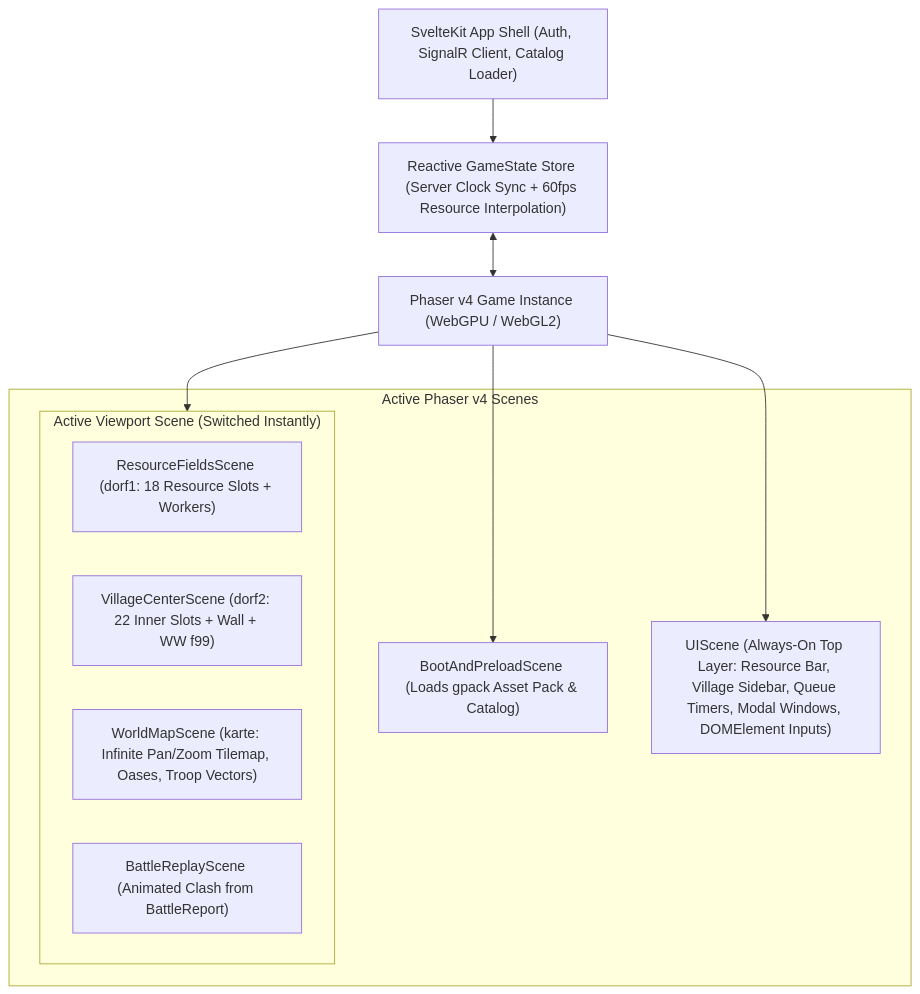
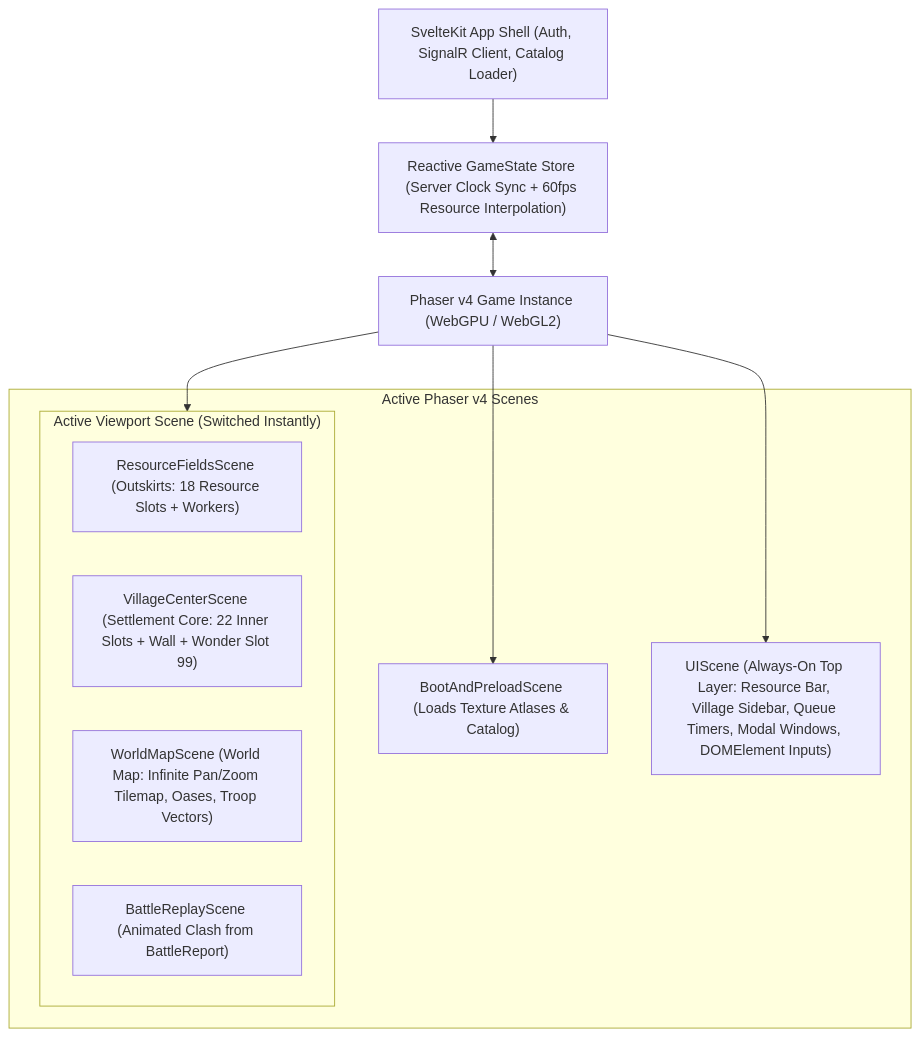
The third of 4 diagrams in docs/architecture_and_features.md (terravia-renatus/terravia-renatus), drawn with Mermaid before and after one commit. The commit also changed other lines of this file, not shown here.

First line of the commit message:
docs(architecture): update domain systems specification

````diff
--- a/docs/architecture_and_features.md
+++ b/docs/architecture_and_features.md
@@ -209,24 +209,24 @@
 ```mermaid
 flowchart TD
     SvelteShell["SvelteKit App Shell (Auth, SignalR Client, Catalog Loader)"]
     Store["Reactive GameState Store (Server Clock Sync + 60fps Resource Interpolation)"]
     
     SvelteShell --> Store
     Store <--> PhaserGame["Phaser v4 Game Instance (WebGPU / WebGL2)"]
 
     subgraph ParallelScenes["Active Phaser v4 Scenes"]
-        Boot["BootAndPreloadScene (Loads gpack Asset Pack & Catalog)"]
+        Boot["BootAndPreloadScene (Loads Texture Atlases & Catalog)"]
         UI["UIScene (Always-On Top Layer: Resource Bar, Village Sidebar, Queue Timers, Modal Windows, DOMElement Inputs)"]
         
         subgraph WorldViewport["Active Viewport Scene (Switched Instantly)"]
-            Dorf1["ResourceFieldsScene (dorf1: 18 Resource Slots + Workers)"]
-            Dorf2["VillageCenterScene (dorf2: 22 Inner Slots + Wall + WW f99)"]
-            Karte["WorldMapScene (karte: Infinite Pan/Zoom Tilemap, Oases, Troop Vectors)"]
+            Outskirts["ResourceFieldsScene (Outskirts: 18 Resource Slots + Workers)"]
+            Core["VillageCenterScene (Settlement Core: 22 Inner Slots + Wall + Wonder Slot 99)"]
+            WorldMap["WorldMapScene (World Map: Infinite Pan/Zoom Tilemap, Oases, Troop Vectors)"]
             Replay["BattleReplayScene (Animated Clash from BattleReport)"]
         end
     end
 
     PhaserGame --> Boot
     PhaserGame --> UI
     PhaserGame --> WorldViewport
 ```
````
